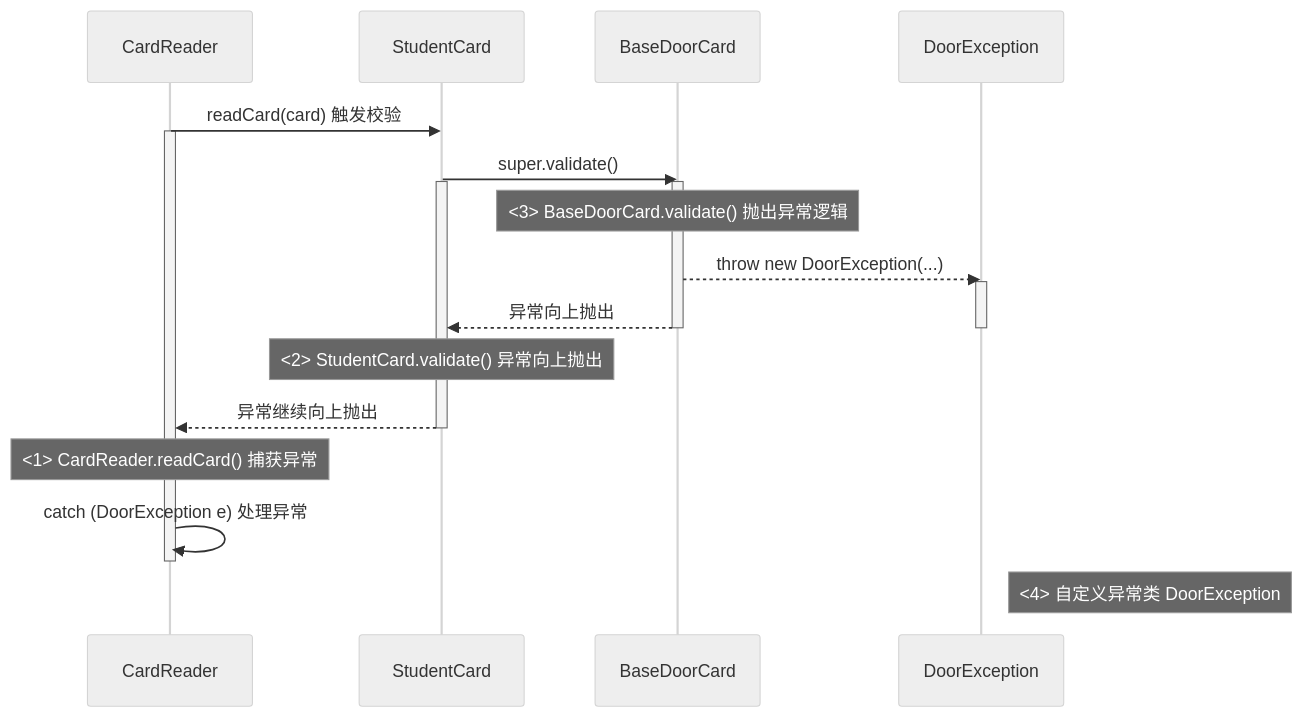
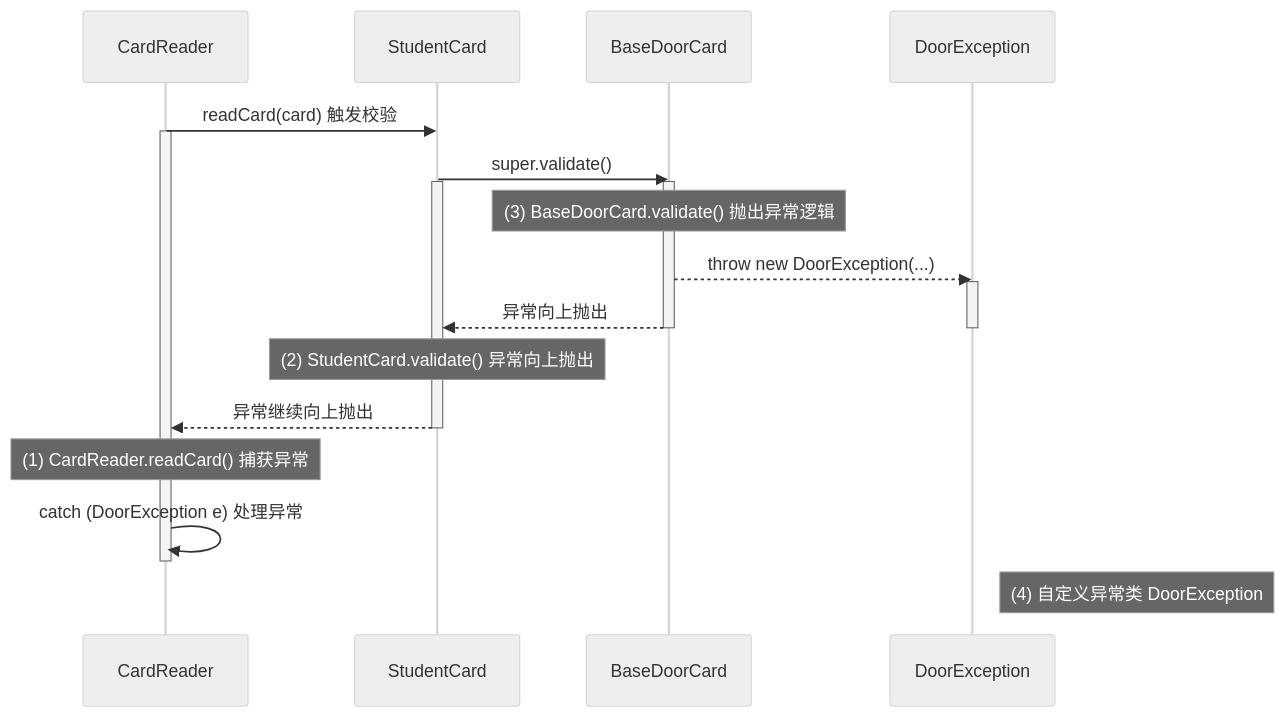
One commit to wangzhaohe/swot-learning changed the second of 2 diagrams in 大软3+2/Java高级程序设计进阶.adoc. Above: the diagram before and after it, drawn with Mermaid (neutral theme). The commit also changed other lines of this file and 7 other files, not shown here.

```diff
--- a/大软3+2/Java高级程序设计进阶.adoc
+++ b/大软3+2/Java高级程序设计进阶.adoc
@@ -2000,33 +2010,33 @@
 [mermaid, target=img/2026-03-10-145507, format=svg]
 ....
 sequenceDiagram
     participant CR as CardReader
     participant SC as StudentCard
     participant BC as BaseDoorCard
     participant DE as DoorException
 
     CR->>SC: readCard(card) 触发校验
     activate CR
 
     SC->>BC: super.validate()
     activate SC
     activate BC
 
-    Note over BC: <3> BaseDoorCard.validate() 抛出异常逻辑
+    Note over BC: (3) BaseDoorCard.validate() 抛出异常逻辑
     BC-->>DE: throw new DoorException(...)
     activate DE
 
     BC-->>SC: 异常向上抛出
     deactivate BC
     deactivate DE
 
-    Note over SC: <2> StudentCard.validate() 异常向上抛出
+    Note over SC: (2) StudentCard.validate() 异常向上抛出
     SC-->>CR: 异常继续向上抛出
     deactivate SC
 
-    Note over CR: <1> CardReader.readCard() 捕获异常
+    Note over CR: (1) CardReader.readCard() 捕获异常
     CR->>CR: catch (DoorException e) 处理异常
     deactivate CR
 
-    Note right of DE: <4> 自定义异常类 DoorException
+    Note right of DE: (4) 自定义异常类 DoorException
 ....
```
